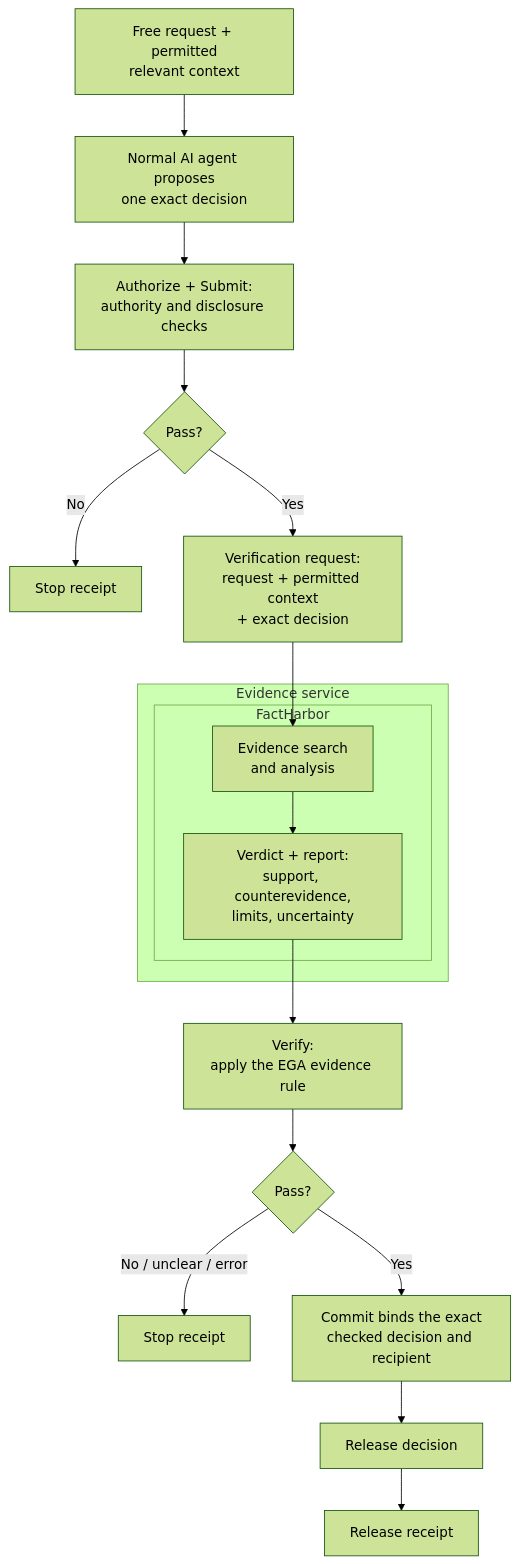
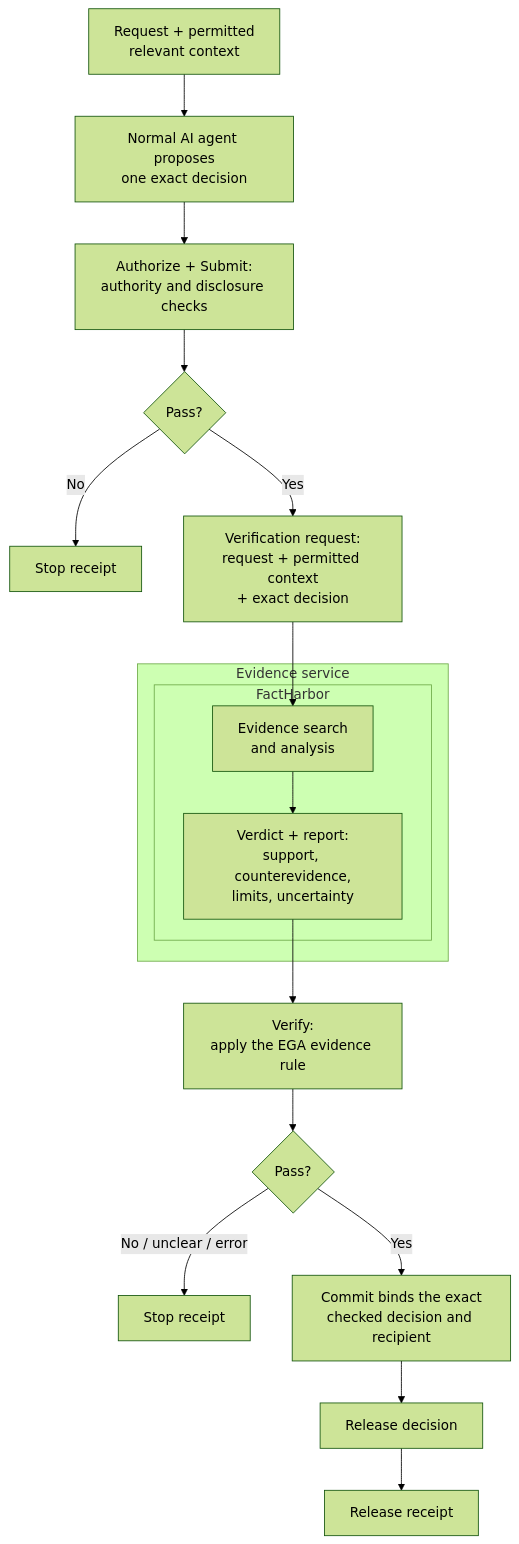
One commit to robertschaub/our-ai-charter changed the second of 2 diagrams in docs/Assurance/Concepts/evidence-gated-agents.md. Above: the diagram before and after it, drawn with Mermaid (forest theme).

Commit message:
docs(ega): align prototype request label

````diff
--- a/docs/Assurance/Concepts/evidence-gated-agents.md
+++ b/docs/Assurance/Concepts/evidence-gated-agents.md
@@ -86,20 +86,20 @@
 ```mermaid
 flowchart TD
-    U["Free request + permitted<br/>relevant context"] --> A["Normal AI agent proposes<br/>one exact decision"]
+    U["Request + permitted<br/>relevant context"] --> A["Normal AI agent proposes<br/>one exact decision"]
     A --> PRE["Authorize + Submit:<br/>authority and disclosure checks"]
     PRE --> P{"Pass?"}
     P -->|No| N1["Stop receipt"]
     P -->|Yes| Q["Verification request:<br/>request + permitted context<br/>+ exact decision"]
     subgraph ES["Evidence service"]
         subgraph FH["FactHarbor"]
             F["Evidence search<br/>and analysis"] --> FR["Verdict + report:<br/>support, counterevidence,<br/>limits, uncertainty"]
         end
     end
     Q --> F
     FR --> V["Verify:<br/>apply the EGA evidence rule"]
     V --> D{"Pass?"}
     D -->|No / unclear / error| N2["Stop receipt"]
     D -->|Yes| C["Commit binds the exact<br/>checked decision and recipient"]
     C --> O["Release decision"]
     O --> RR["Release receipt"]
 ```
````
